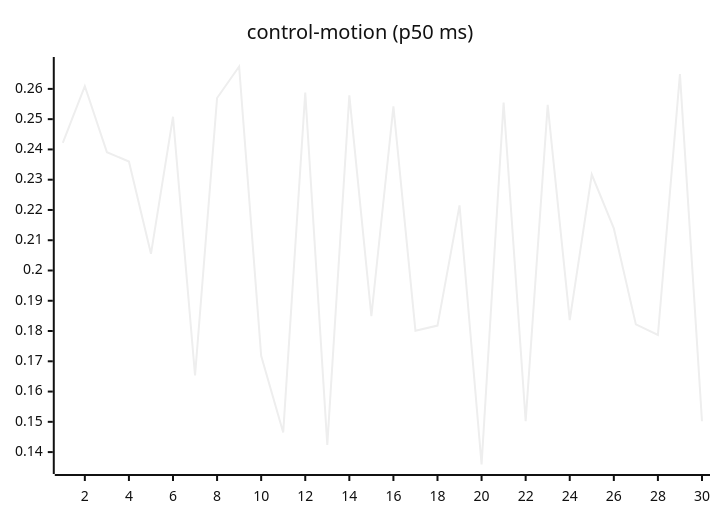
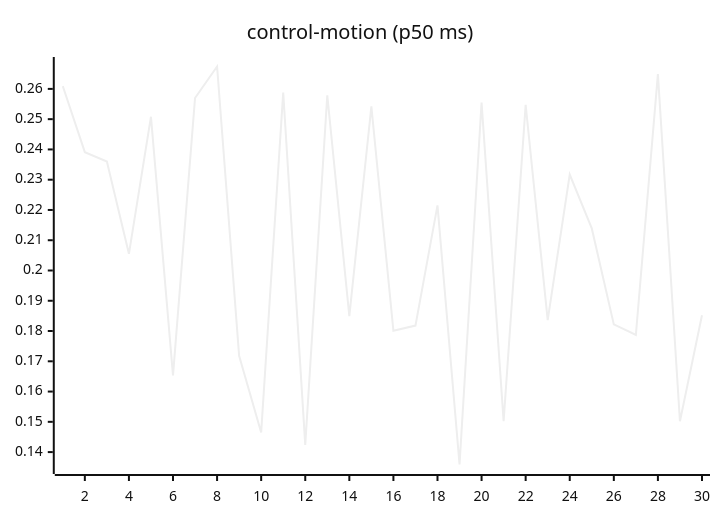
One commit to josha/Facet changed the seventh of 27 diagrams in README.md. Above: the diagram before and after it, drawn with Mermaid (neutral theme). The commit also changed other lines of this file and 2 other files, not shown here.

````diff
--- a/README.md
+++ b/README.md
@@ -105,6 +105,6 @@
 ```mermaid
 xychart-beta
     title "control-motion (p50 ms)"
     x-axis 1 --> 30
-    line [0.2422, 0.2609, 0.2391, 0.2360, 0.2055, 0.2508, 0.1653, 0.2570, 0.2674, 0.1718, 0.1465, 0.2588, 0.1424, 0.2579, 0.1849, 0.2542, 0.1801, 0.1818, 0.2215, 0.1359, 0.2555, 0.1502, 0.2547, 0.1836, 0.2317, 0.2139, 0.1822, 0.1787, 0.2649, 0.1502]
+    line [0.2609, 0.2391, 0.2360, 0.2055, 0.2508, 0.1653, 0.2570, 0.2674, 0.1718, 0.1465, 0.2588, 0.1424, 0.2579, 0.1849, 0.2542, 0.1801, 0.1818, 0.2215, 0.1359, 0.2555, 0.1502, 0.2547, 0.1836, 0.2317, 0.2139, 0.1822, 0.1787, 0.2649, 0.1502, 0.1852]
 ```
````
